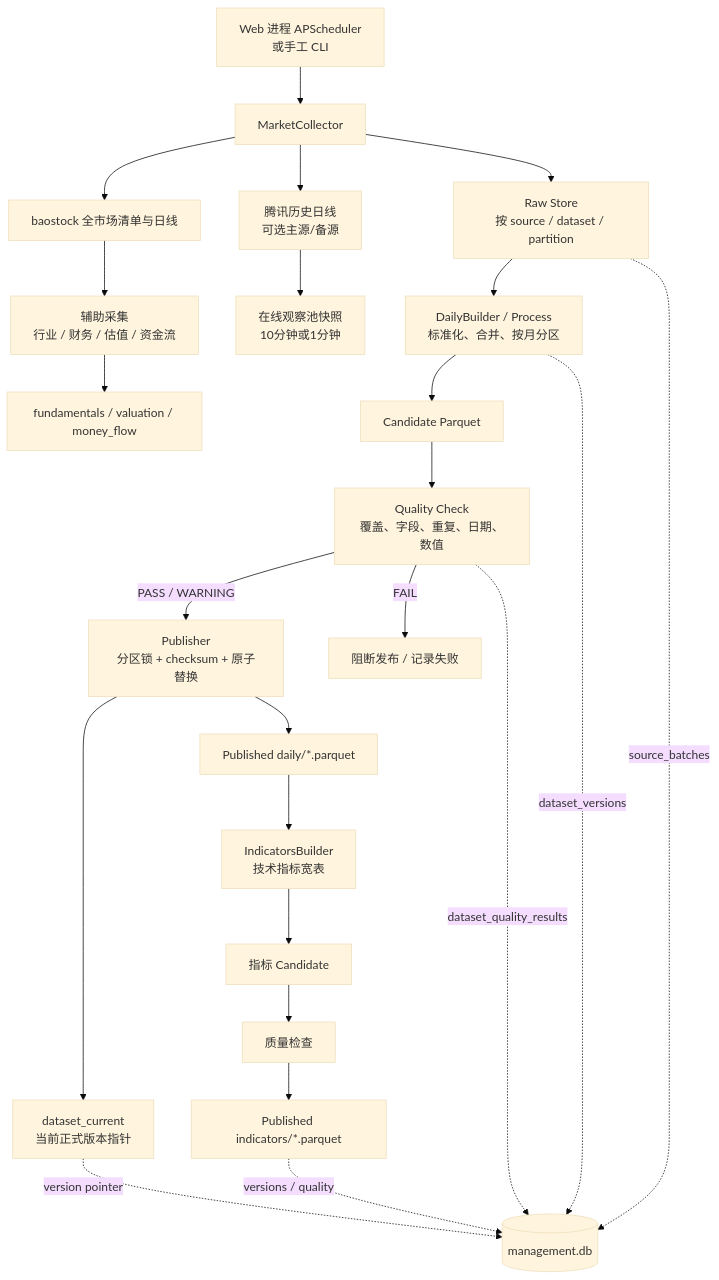
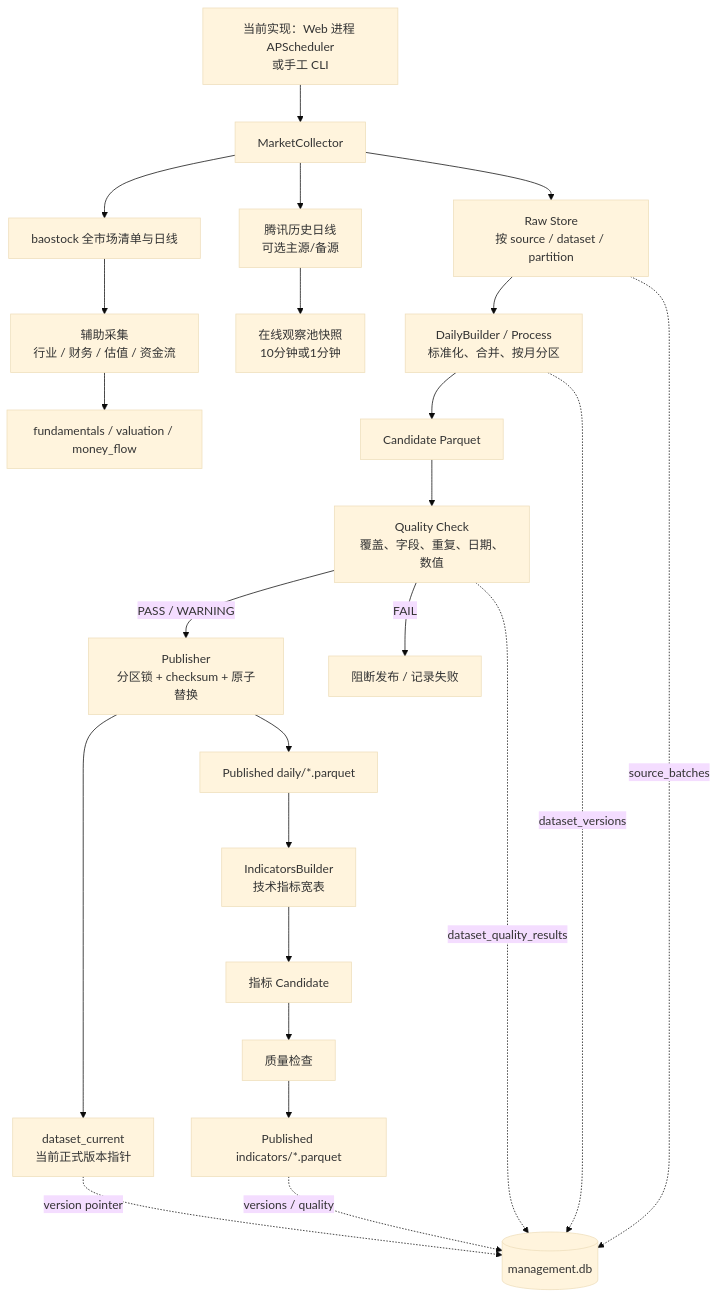
One commit to fewhg3yhjt/stock-data-analyse changed the fourth of 8 diagrams in docs/CURRENT_ARCHITECTURE.md. Above: the diagram before and after it, drawn with Mermaid (base theme). The commit also changed other lines of this file and 9 other files, not shown here.

Commit message:
docs: align migration status and architecture wording

````diff
--- a/docs/CURRENT_ARCHITECTURE.md
+++ b/docs/CURRENT_ARCHITECTURE.md
@@ -194,28 +196,28 @@
 ```mermaid
 flowchart TB
-    SCHED[Web 进程 APScheduler\n或手工 CLI] --> COLLECT[MarketCollector]
+    SCHED[当前实现：Web 进程 APScheduler\n或手工 CLI] --> COLLECT[MarketCollector]
     COLLECT --> BS[baostock 全市场清单与日线]
     COLLECT --> TX[腾讯历史日线\n可选主源/备源]
     COLLECT --> RAW[Raw Store\n按 source / dataset / partition]
     RAW --> BUILD[DailyBuilder / Process\n标准化、合并、按月分区]
     BUILD --> CAND[Candidate Parquet]
     CAND --> QUALITY[Quality Check\n覆盖、字段、重复、日期、数值]
     QUALITY -->|PASS / WARNING| PUBLISH[Publisher\n分区锁 + checksum + 原子替换]
     QUALITY -->|FAIL| BLOCK[阻断发布 / 记录失败]
     PUBLISH --> CURRENT[dataset_current\n当前正式版本指针]
     PUBLISH --> DAILY[Published daily/*.parquet]
     DAILY --> FACTOR[IndicatorsBuilder\n技术指标宽表]
     FACTOR --> ICAND[指标 Candidate]
     ICAND --> IQ[质量检查]
     IQ --> IPUB[Published indicators/*.parquet]
     BS --> AUX[辅助采集\n行业 / 财务 / 估值 / 资金流]
     TX --> ONLINE[在线观察池快照\n10分钟或1分钟]
     AUX --> AUXFILE[fundamentals / valuation / money_flow]
 
     META[(management.db)]
     RAW -. source_batches .-> META
     BUILD -. dataset_versions .-> META
     QUALITY -. dataset_quality_results .-> META
     CURRENT -. version pointer .-> META
     IPUB -. versions / quality .-> META
 ```
````
